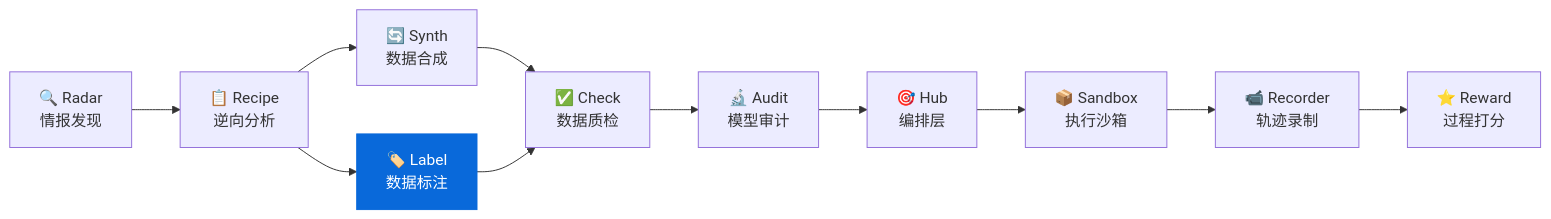
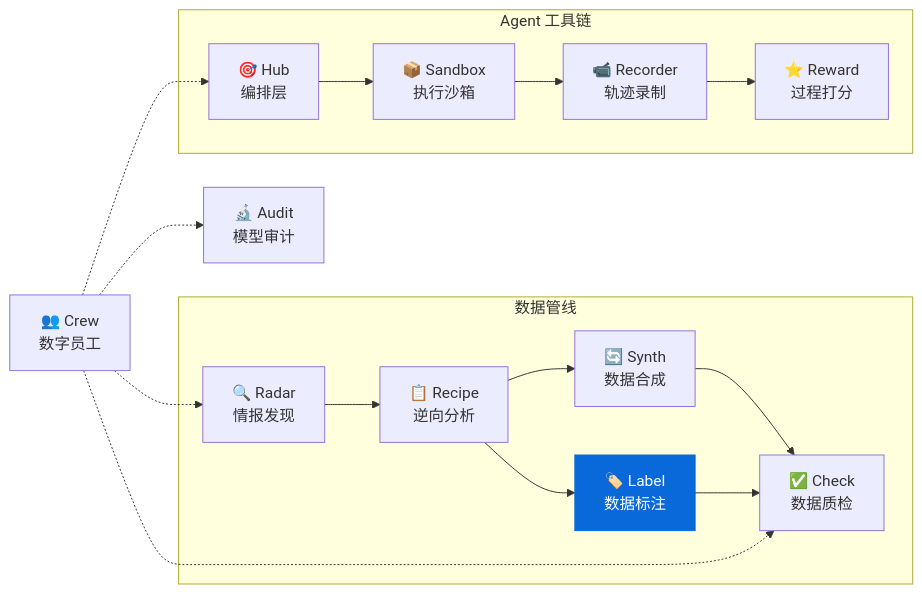
Before and after one commit to liuxiaotong/data-label: the diagram in README.md, drawn with Mermaid. The commit also changed other lines of this file, not shown here.

Commit message:
docs: 更新生态表格和 Mermaid 图，新增 Crew 项目

````diff
--- a/README.md
+++ b/README.md
@@ -764,14 +764,22 @@
 ```mermaid
 graph LR
-    Radar["🔍 Radar<br/>情报发现"] --> Recipe["📋 Recipe<br/>逆向分析"]
-    Recipe --> Synth["🔄 Synth<br/>数据合成"]
-    Recipe --> Label["🏷️ Label<br/>数据标注"]
-    Synth --> Check["✅ Check<br/>数据质检"]
-    Label --> Check
-    Check --> Audit["🔬 Audit<br/>模型审计"]
-    Audit --> Hub["🎯 Hub<br/>编排层"]
-    Hub --> Sandbox["📦 Sandbox<br/>执行沙箱"]
-    Sandbox --> Recorder["📹 Recorder<br/>轨迹录制"]
-    Recorder --> Reward["⭐ Reward<br/>过程打分"]
+    subgraph 数据管线
+        Radar["🔍 Radar<br/>情报发现"] --> Recipe["📋 Recipe<br/>逆向分析"]
+        Recipe --> Synth["🔄 Synth<br/>数据合成"]
+        Recipe --> Label["🏷️ Label<br/>数据标注"]
+        Synth --> Check["✅ Check<br/>数据质检"]
+        Label --> Check
+    end
+    Audit["🔬 Audit<br/>模型审计"]
+    subgraph Agent 工具链
+        Hub["🎯 Hub<br/>编排层"] --> Sandbox["📦 Sandbox<br/>执行沙箱"]
+        Sandbox --> Recorder["📹 Recorder<br/>轨迹录制"]
+        Recorder --> Reward["⭐ Reward<br/>过程打分"]
+    end
+    Crew["👥 Crew<br/>数字员工"]
+    Crew -.-> Radar
+    Crew -.-> Check
+    Crew -.-> Audit
+    Crew -.-> Hub
     style Label fill:#0969da,color:#fff,stroke:#0969da
 ```
````
